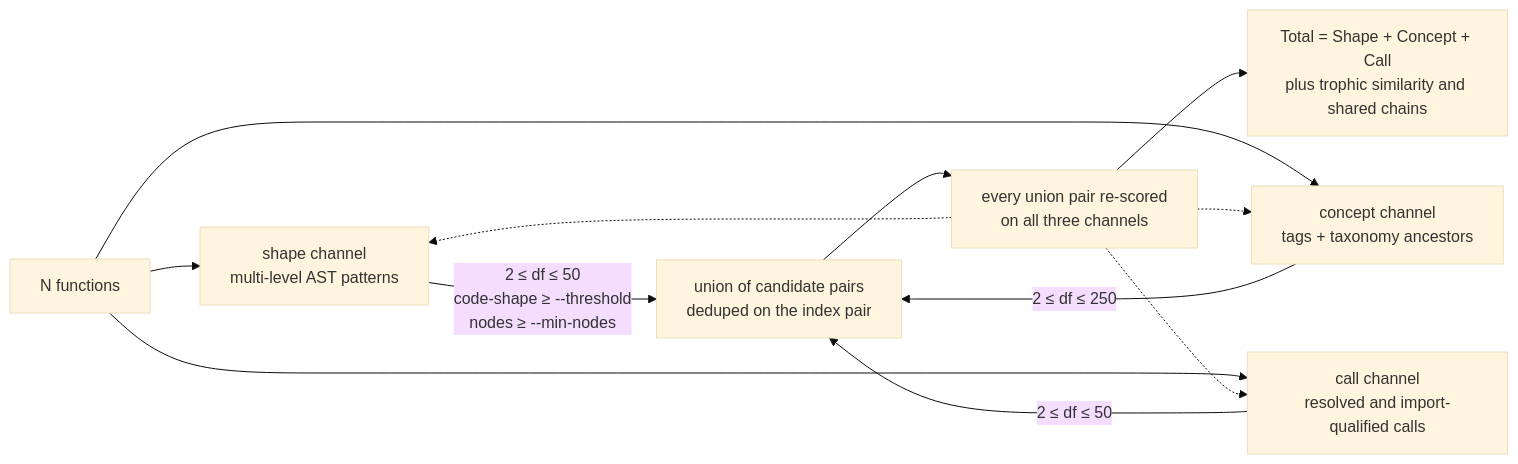
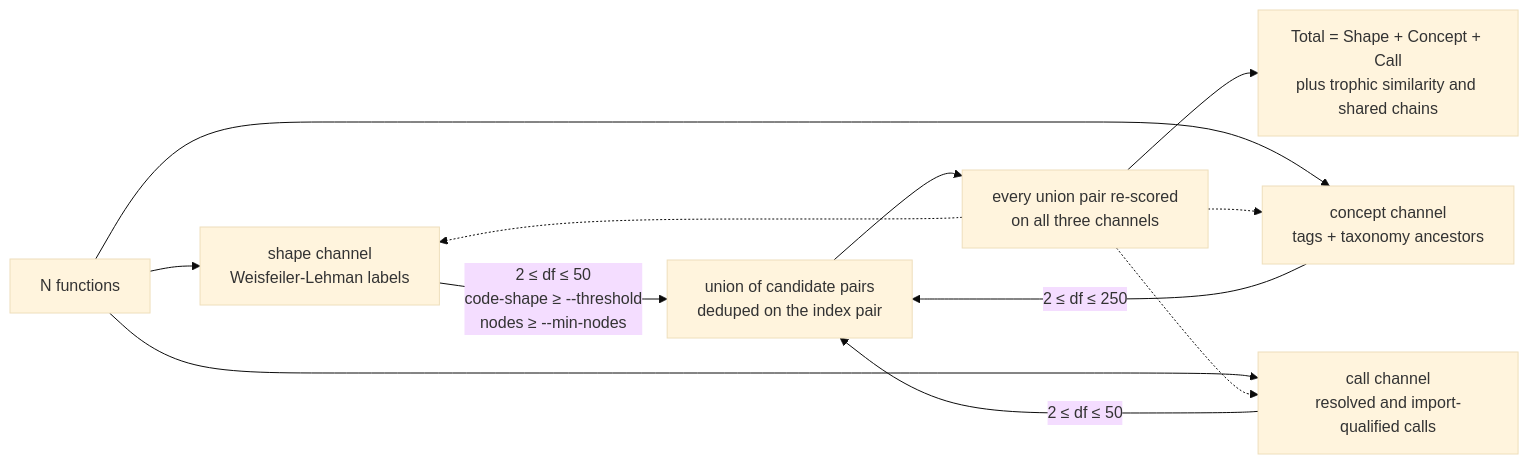
One commit to LukasSelin/doppel changed the second of 7 diagrams in .github/wiki/how-it-works.md. Above: the diagram before and after it, drawn with Mermaid (base theme). The commit also changed other lines of this file and 3 other files, not shown here.

````diff
--- a/.github/wiki/how-it-works.md
+++ b/.github/wiki/how-it-works.md
@@ -49,19 +49,19 @@
 ```mermaid
 flowchart LR
     fns["N functions"]
 
-    fns --> shape["shape channel<br/>multi-level AST patterns"]
+    fns --> shape["shape channel<br/>Weisfeiler-Lehman labels"]
     fns --> con["concept channel<br/>tags + taxonomy ancestors"]
     fns --> calls["call channel<br/>resolved and import-qualified calls"]
 
     shape -->|"2 ≤ df ≤ 50<br/>code-shape ≥ --threshold<br/>nodes ≥ --min-nodes"| U["union of candidate pairs<br/>deduped on the index pair"]
     con -->|"2 ≤ df ≤ 250"| U
     calls -->|"2 ≤ df ≤ 50"| U
 
     U --> ev["every union pair re-scored<br/>on all three channels"]
     ev --> tot["Total = Shape + Concept + Call<br/>plus trophic similarity and shared chains"]
 
     ev -.-> shape
     ev -.-> con
     ev -.-> calls
 ```
````
